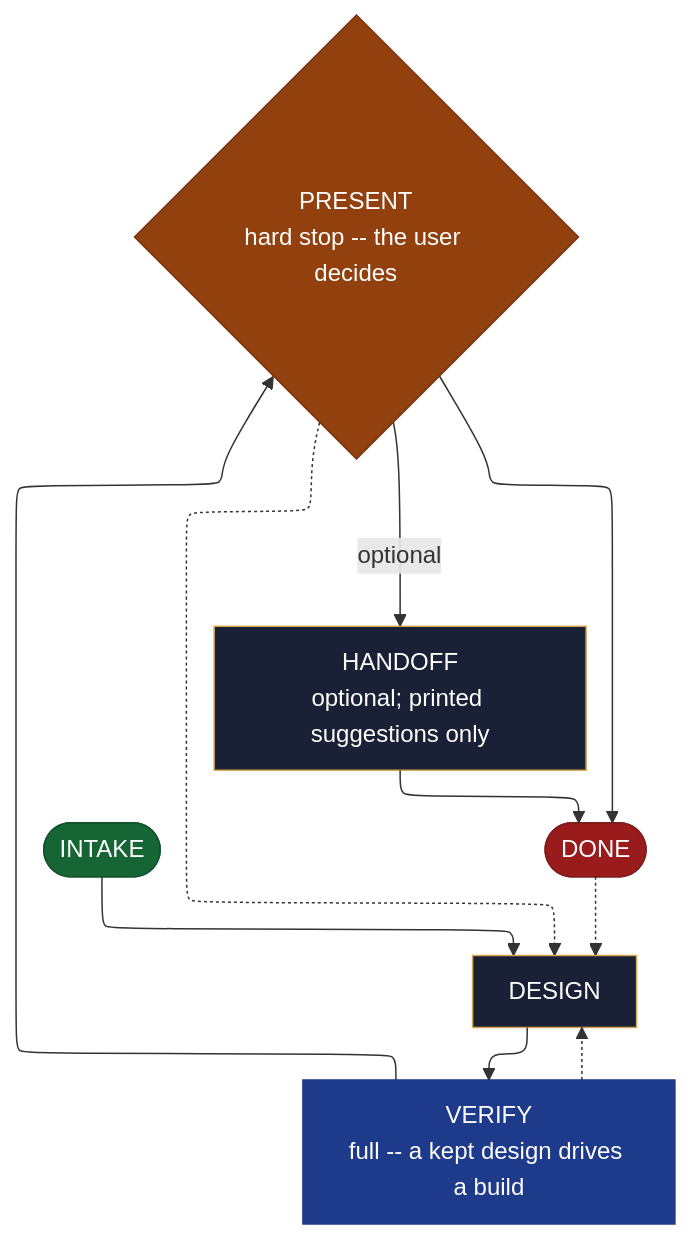
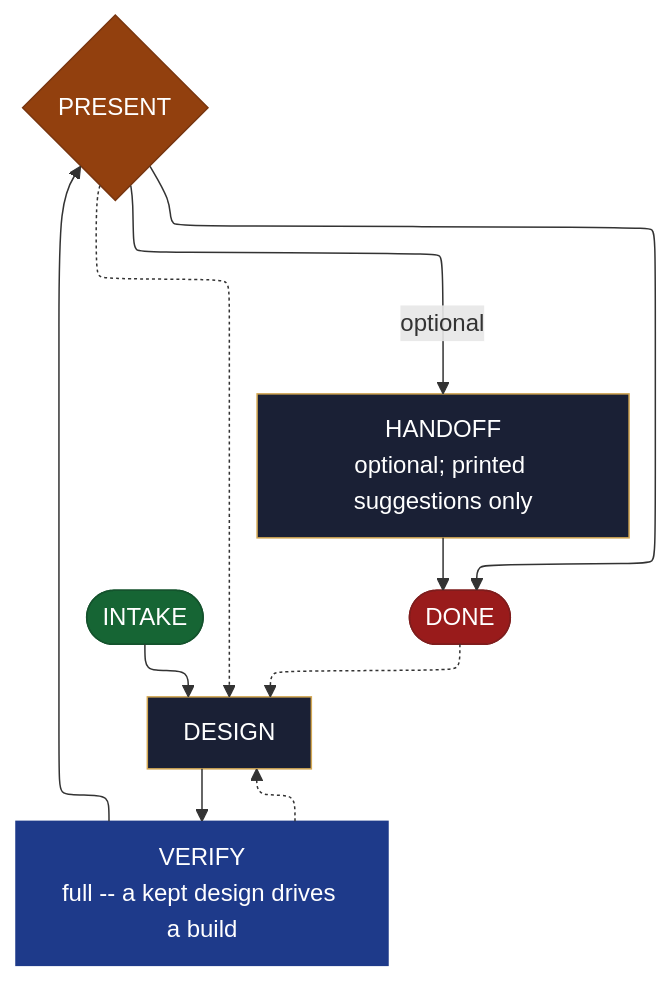
The diagram in site/src/content/docs/skills/aid-design.md (AndreVianna/aid-methodology), drawn with Mermaid before and after one commit. The commit also changed 11 other files, not shown here.

````diff
--- a/site/src/content/docs/skills/aid-design.md
+++ b/site/src/content/docs/skills/aid-design.md
@@ -20,45 +20,45 @@
 ```mermaid
 ---
 config:
   layout: elk
   flowchart:
     nodeSpacing: 55
     rankSpacing: 65
     padding: 12
     useMaxWidth: true
 ---
 flowchart TB
   classDef aidNode color:#fff
   classDef aidEntry fill:#166534,stroke:#14532d,color:#fff
   classDef aidExit fill:#991b1b,stroke:#7f1d1d,color:#fff
   classDef aidDecision fill:#92400e,stroke:#78350f,color:#fff
   classDef aidLoopBack fill:#1e3a8a,stroke:#1e3a8a,color:#fff
   classDef aidStep fill:#1a2035,stroke:#d4a853,color:#f1f5f9
   n1(["INTAKE"])
   n2["DESIGN"]
   n3["VERIFY<br/>full -- a kept design drives a build"]
-  n4{"PRESENT<br/>hard stop -- the user decides"}
+  n4{"PRESENT"}
   n5["HANDOFF<br/>optional; printed suggestions only"]
   n6(["DONE"])
   n1 --> n2
   n2 --> n3
   n3 -.-> n2
   n3 --> n4
   n4 -.-> n2
   n4 -->|"optional"| n5
   n4 --> n6
   n5 --> n6
   n6 -.-> n2
   class n1 aidEntry
   class n2 aidStep
   class n3 aidLoopBack
   class n4 aidDecision
   class n5 aidStep
   class n6 aidExit
   class n1 aidNode
   class n2 aidNode
   class n3 aidNode
   class n4 aidNode
   class n5 aidNode
   class n6 aidNode
 ```
````
